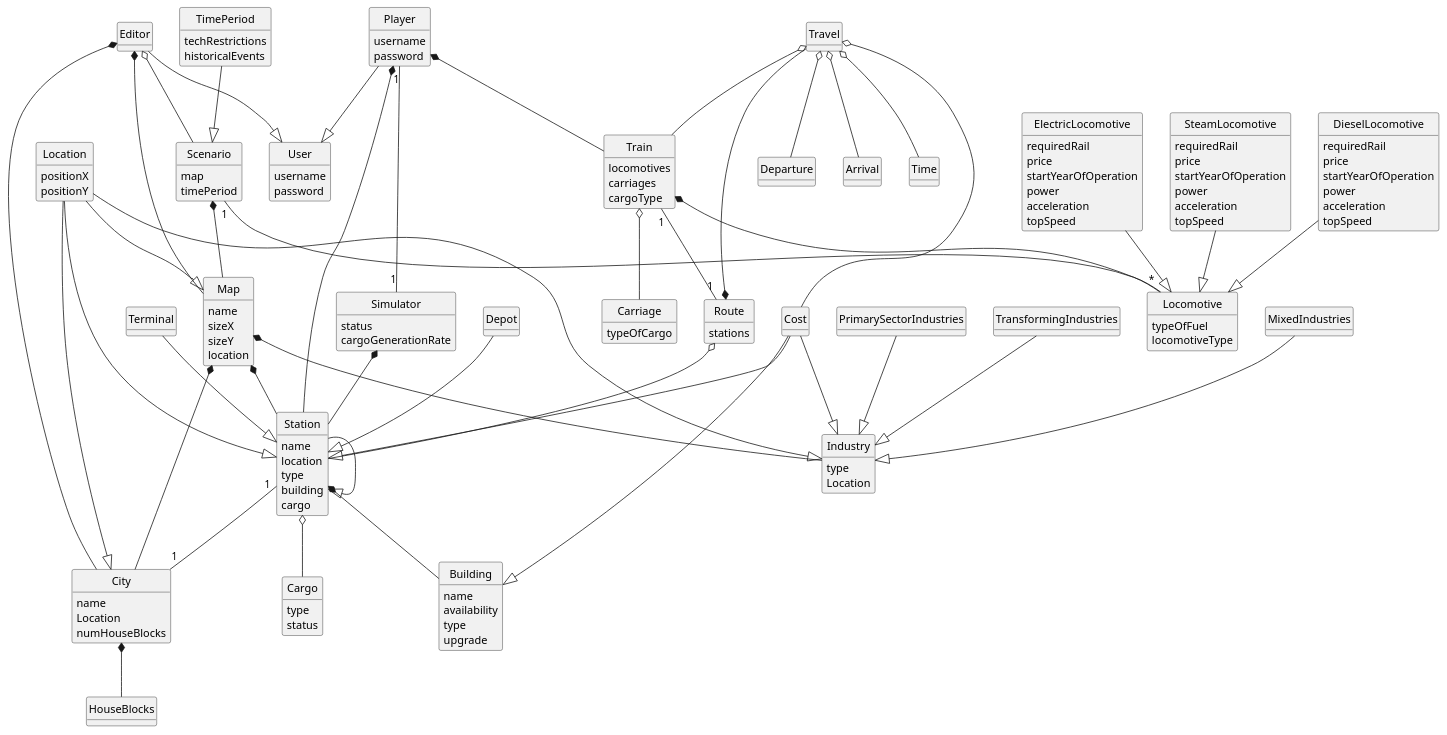
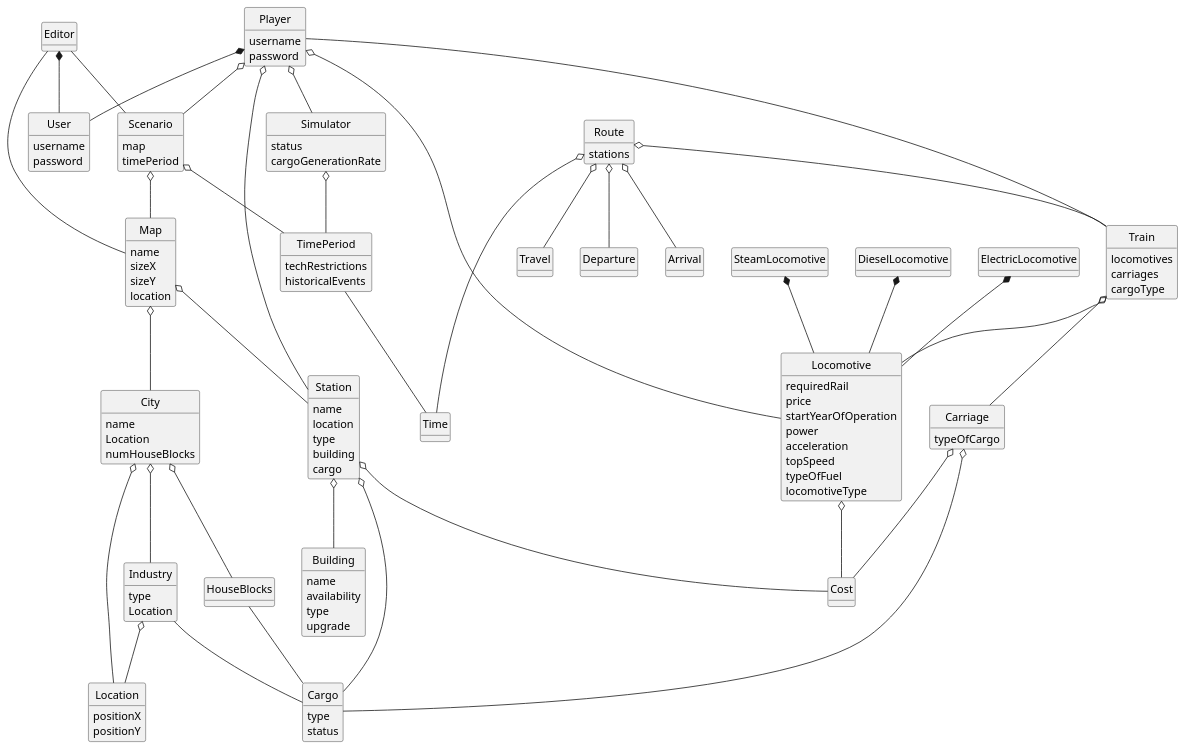
The diagram in docs/system-documentation/global-artifacts/02.analysis/puml/analysis.puml (goncalolopesp/sem2-pi-24.25-g093-repo), drawn with PlantUML before and after one commit. The commit also changed 1 other file, not shown here.

```diff
--- a/docs/system-documentation/global-artifacts/02.analysis/puml/analysis.puml
+++ b/docs/system-documentation/global-artifacts/02.analysis/puml/analysis.puml
@@ -114,35 +114,26 @@
 }
 
 class Locomotive{
-    typeOfFuel
-    locomotiveType
-}
-
-class SteamLocomotive{
     requiredRail
     price
     startYearOfOperation
     power
     acceleration
     topSpeed
+    typeOfFuel
+    locomotiveType
+}
+
+class SteamLocomotive{
+
 }
 
 class DieselLocomotive{
-    requiredRail
-    price
-    startYearOfOperation
-    power
-    acceleration
-    topSpeed
+
 }
 
 class ElectricLocomotive{
-    requiredRail
-    price
-    startYearOfOperation
-    power
-    acceleration
-    topSpeed
+
 }
 
 class Carriage{
@@ -168,53 +159,51 @@
 }
 
 
-Cost --|> Station
-Cost --|> Building
-Cost --|> Industry
-Depot --|> Station
-Station --|> Station
-Terminal --|> Station
-PrimarySectorIndustries --|> Industry
-TransformingIndustries --|> Industry
-MixedIndustries --|> Industry
-TimePeriod --|> Scenario
-Location --|> Map
-Location --|> City
-Location --|> Station
-Location --|> Industry
-SteamLocomotive --|> Locomotive
-DieselLocomotive --|> Locomotive
-ElectricLocomotive --|> Locomotive
-Player --|> User
-Editor --|> User
+City o-- Location
+Map o-- City
+Map o-- Station
+Scenario o-- Map
+Train o-- Carriage
+Train o-- Locomotive
+Route o-- Travel
+Route o-- Departure
+Route o-- Arrival
+Route o-- Time
+Carriage o-- Cargo
+Station o-- Cargo
+Player o-- Locomotive
+Player o-- Scenario
+Player o-- Station
+Player o-- Simulator
+City o-- HouseBlocks
+City o-- Industry
+Station o-- Building
+Locomotive o-- Cost
+Station o-- Cost
+Carriage o-- Cost
+Industry o-- Location
+Route o-- Train
+Simulator o-- TimePeriod
+Scenario o-- TimePeriod
 
-Travel o-- Cost
-Travel o-- Departure
-Travel o-- Arrival
-Travel o-- Time
-Travel o-- Train
-Route o-- Station
-Editor o-- Scenario
-Station o-- Cargo
-Train o-- Carriage
 
-Route *-- Travel
-Train *-- Locomotive
-Editor *-- Map
-City *-- HouseBlocks
-Map *-- Industry
-Map *-- City
-Map *-- Station
-Player *-- Station
-Player *-- Train
-Station *-- Building
-Simulator *-- Station
-Scenario *-- Map
-Editor *-- City
+TimePeriod -- Time
+HouseBlocks -- Cargo
+Editor -- Scenario
+Editor -- Map
+Player -- Train
+Industry -- Cargo
 
-Station "1" -- "1" City
-Train "1" -- "1" Route
-Player "1" -- "1" Simulator
-Scenario "1"--"*" Locomotive
+
+
+SteamLocomotive *-- Locomotive
+ElectricLocomotive *-- Locomotive
+DieselLocomotive *-- Locomotive
+Player *-- User
+Editor *-- User
+
+
+
+
 
 @enduml
```
